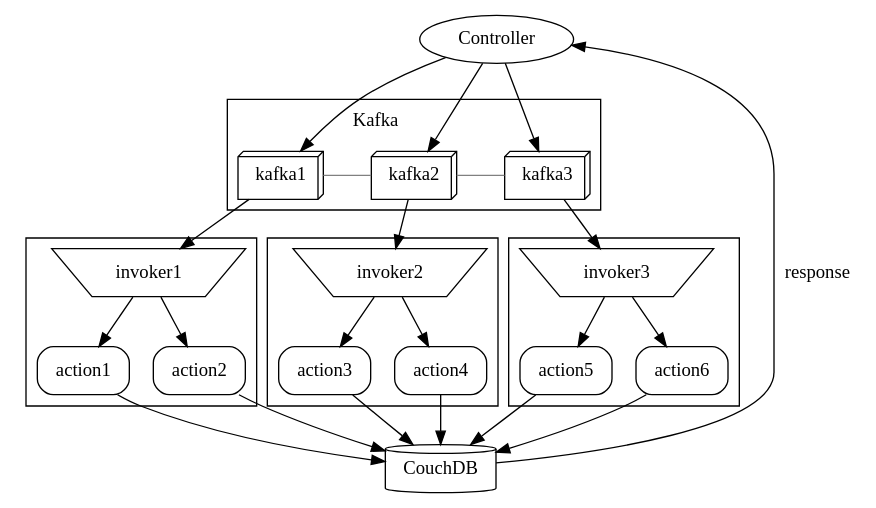
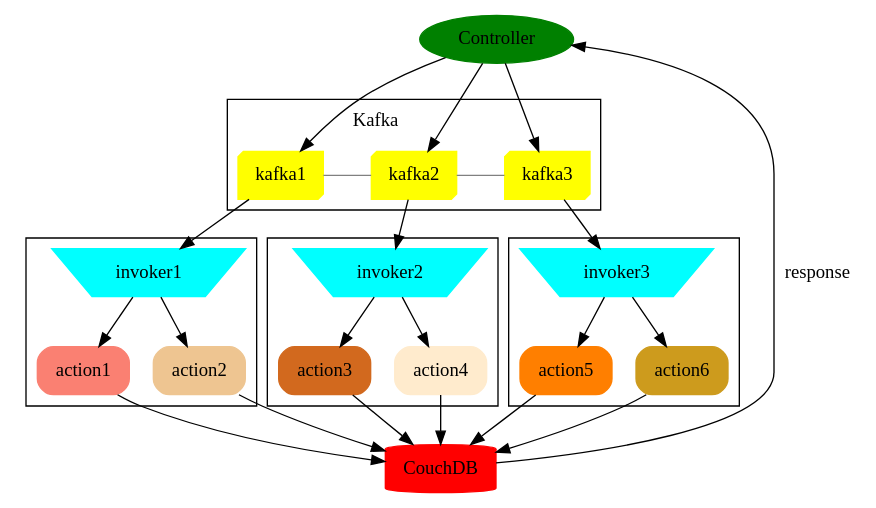
One commit to openwhisk-blog/openwhisk.blog changed the diagram in content/post/tutorial/01-intro-diagram.dot. Above: the diagram before and after it, drawn with Graphviz. The commit also changed 29 other files, not shown here.

```diff
--- a/content/post/tutorial/01-intro-diagram.dot
+++ b/content/post/tutorial/01-intro-diagram.dot
@@ -1,69 +1,70 @@
 digraph Q {
 
   node [shape=record];
   subgraph {
     rank=min  
-    Controller [shape=ellipse]
+    Controller [shape=ellipse, color = green, style=filled]
   }
      
     Controller -> kafka1
     Controller -> kafka2
     Controller -> kafka3
 
     subgraph cluster_kafka {
       node[color=red,shpe=box3d];
 
-      kafka1 [shape=box3d]
-      kafka2 [shape=box3d]
-      kafka3 [shape=box3d]
+      kafka1 [shape=box3d, color=yellow, style=filled]
+      kafka2 [shape=box3d, color=yellow, style=filled]
+      kafka3 [shape=box3d, color=yellow, style=filled]
 
       label=<<table border="0" width="100%"><tr><td align="left">Kafka</td><td port="k0"></td><td></td></tr></table>>;
 
       {rank=same kafka1 kafka2 kafka3}
       kafka1 -> kafka2 -> kafka3 [color=grey arrowhead=none];
     }
   
     subgraph invokers {
       
       //{rank=same invoker1 invoker2 invoker3}
 
-      invoker2 [ shape=invtrapezium]
-      invoker3 [ shape=invtrapezium]
+      invoker1 [ shape=invtrapezium, color=cyan, style=filled]
+      invoker2 [ shape=invtrapezium, color=cyan, style=filled]
+      invoker3 [ shape=invtrapezium color=cyan, style=filled]
       
-      action1 [ shape=Mrecord]
-      action2 [ shape=Mrecord]
-      action3 [ shape=Mrecord]
-      action4 [ shape=Mrecord]
-      action5 [ shape=Mrecord]
-      action6 [ shape=Mrecord]
+      action1 [ shape=Mrecord, color=salmon, style=filled]
+      action2 [ shape=Mrecord, color=burlywood2, style=filled]
+      action3 [ shape=Mrecord, color=chocolate, style=filled]
+      action4 [ shape=Mrecord, color=blanchedalmond, style=filled]
+      action5 [ shape=Mrecord, color=darkorange1, style=filled]
+      action6 [ shape=Mrecord, color=goldenrod3, style=filled]
 
       subgraph cluster_k1 {
         {rank=min;invoker1}
         invoker1 [ shape=invtrapezium]
         kafka1 -> invoker1      
         invoker1 -> action1
         invoker1 -> action2
       } 
 
  subgraph cluster_k2 {
       kafka2 -> invoker2
       invoker2 -> action3
       invoker2 -> action4
  }
 
 subgraph cluster_k3 {
       kafka3 -> invoker3
       invoker3 -> action5
       invoker3 -> action6
 }
-      CouchDB [ shape=cylinder]
+      CouchDB [ shape=cylinder, style=filled, color=red]
       
       action1 -> CouchDB
       action2 -> CouchDB
       action3 -> CouchDB
       action4 -> CouchDB
       action5 -> CouchDB
       action6 -> CouchDB
     }
     CouchDB -> Controller [label="response"]
 }
```
